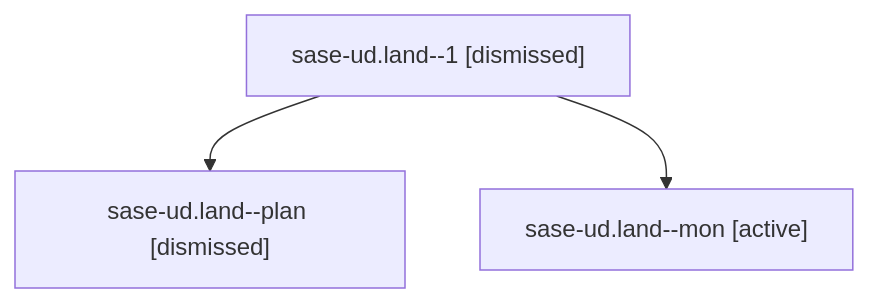
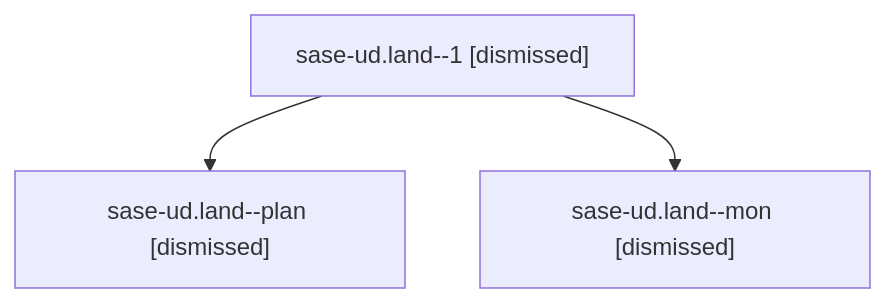
Before and after one commit to sase-org/sase--agents: the diagram in sessions/bbugyi200.athena.sase-ud.land.md, drawn with Mermaid. The commit also changed other lines of this file and 380 other files, not shown here.

````diff
--- a/sessions/bbugyi200.athena.sase-ud.land.md
+++ b/sessions/bbugyi200.athena.sase-ud.land.md
@@ -9,8 +9,8 @@
 ```mermaid
 flowchart TD
   n0["sase-ud.land--1 [dismissed]"]
   n1["sase-ud.land--plan [dismissed]"]
   n0 --> n1
-  n2["sase-ud.land--mon [active]"]
+  n2["sase-ud.land--mon [dismissed]"]
   n0 --> n2
 ```
````
